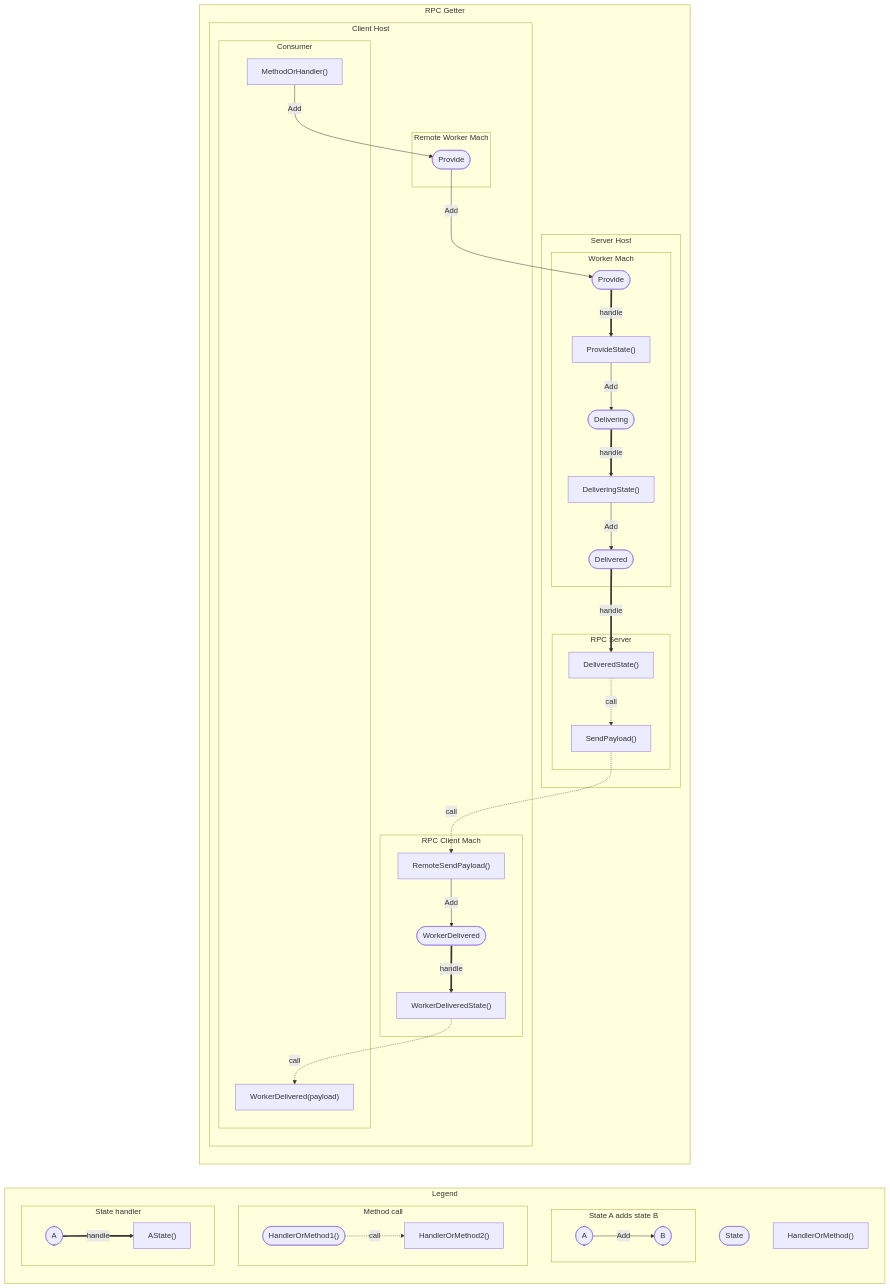
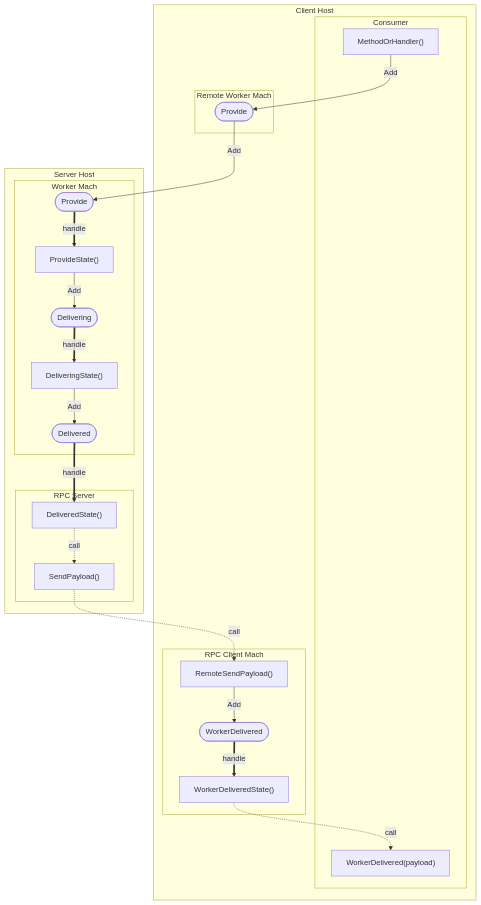
Before and after one commit to pancsta/asyncmachine-go: diagram 11 of 12 in docs/diagrams.md, drawn with Mermaid. The commit also changed other lines of this file and 21 other files, not shown here.

Commit message:
docs: update readmes, add diagrams

````diff
--- a/docs/diagrams.md
+++ b/docs/diagrams.md
@@ -118,74 +294,52 @@
 ```mermaid
-flowchart LR
-    subgraph Legend
-        leg-State([State])
-        leg-HandlerOrMethod["HandlerOrMethod()"]
+flowchart TB
 
-        subgraph LegendAdd [State A adds state B]
-            leg-A1([A]) -- Add --> leg-B1([B])
+    subgraph ClientHost [Client Host]
+        subgraph Consumer
+            con-MethodOrHandler["MethodOrHandler()"]
+            con-WorkerDelibered["WorkerDelivered(payload)"]
         end
 
-        subgraph LegendCall [Method call]
-            leg-HandlerOrMethod21(["HandlerOrMethod1()"]) -. call .-> leg-MethodName22["HandlerOrMethod2()"]
+        subgraph RemoteWorkerMach [Remote Worker Mach]
+        %% Provide Worker is requested to provide some (named) data.
+            rw-Provide([Provide])
         end
 
-        subgraph LegendHandle [State handler]
-            leg-A3([A]) == handle ==> leg-HandlerOrMethod3["AState()"]
+        subgraph RPCClientMach [RPC Client Mach]
+            c-WorkerDelivered([WorkerDelivered])
+            c-RemoteSendPayload["RemoteSendPayload()"]
+            c-WorkerDeliveredState["WorkerDeliveredState()"]
         end
     end
 
-%% RPC
-
-    subgraph RPC Getter
-        direction TB
-
-        subgraph ClientHost [Client Host]
-            subgraph Consumer
-                con-MethodOrHandler["MethodOrHandler()"]
-                con-WorkerDelibered["WorkerDelivered(payload)"]
-            end
-
-            subgraph RemoteWorkerMach [Remote Worker Mach]
-            %% Provide Worker is requested to provide some (named) data.
-                rw-Provide([Provide])
-            end
-
-            subgraph RPCClientMach [RPC Client Mach]
-                c-WorkerDelivered([WorkerDelivered])
-                c-RemoteSendPayload["RemoteSendPayload()"]
-                c-WorkerDeliveredState["WorkerDeliveredState()"]
-            end
+    subgraph ServerHost [Server Host]
+        subgraph RPCServer [RPC Server]
+            s-SendPayload["SendPayload()"]
+            s-DeliveredState["DeliveredState()"]
         end
 
-        subgraph ServerHost [Server Host]
-            subgraph RPCServer [RPC Server]
-                s-SendPayload["SendPayload()"]
-                s-DeliveredState["DeliveredState()"]
-            end
-
-            subgraph WorkerMach [Worker Mach]
-            %% Provide Worker is requested to provide some (named) data.
-                w-Provide([Provide])
-            %% Delivering Worker has started send data to the client.
-                w-Delivering([Delivering])
-                w-Delivered([Delivered])
-            %% Delivered Worker has completed sending data to the client.
-                w-ProvideState["ProvideState()"]
-                w-DeliveringState["DeliveringState()"]
-            end
+        subgraph WorkerMach [Worker Mach]
+        %% Provide Worker is requested to provide some (named) data.
+            w-Provide([Provide])
+        %% Delivering Worker has started send data to the client.
+            w-Delivering([Delivering])
+            w-Delivered([Delivered])
+        %% Delivered Worker has completed sending data to the client.
+            w-ProvideState["ProvideState()"]
+            w-DeliveringState["DeliveringState()"]
         end
+    end
 
     %% steps
-        con-MethodOrHandler -- Add --> rw-Provide
-        rw-Provide -- Add --> w-Provide
-        w-Provide == handle ==> w-ProvideState
-        w-ProvideState -- Add --> w-Delivering
-        w-Delivering == handle ==> w-DeliveringState
-        w-DeliveringState -- Add --> w-Delivered
-        w-Delivered == handle ==> s-DeliveredState
-        s-DeliveredState -. call .-> s-SendPayload -. call .-> c-RemoteSendPayload
-        c-RemoteSendPayload -- Add --> c-WorkerDelivered
-        c-WorkerDelivered == handle ==> c-WorkerDeliveredState
-        c-WorkerDeliveredState -. call .-> con-WorkerDelibered
-    end
+    con-MethodOrHandler -- Add --> rw-Provide
+    rw-Provide -- Add --> w-Provide
+    w-Provide == handle ==> w-ProvideState
+    w-ProvideState -- Add --> w-Delivering
+    w-Delivering == handle ==> w-DeliveringState
+    w-DeliveringState -- Add --> w-Delivered
+    w-Delivered == handle ==> s-DeliveredState
+    s-DeliveredState -. call .-> s-SendPayload -. call .-> c-RemoteSendPayload
+    c-RemoteSendPayload -- Add --> c-WorkerDelivered
+    c-WorkerDelivered == handle ==> c-WorkerDeliveredState
+    c-WorkerDeliveredState -. call .-> con-WorkerDelibered
 ```
````
